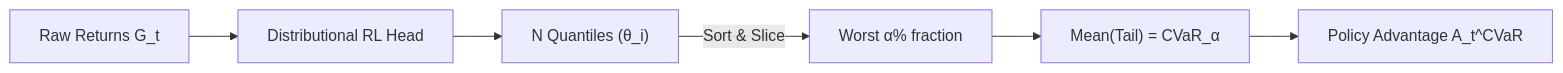
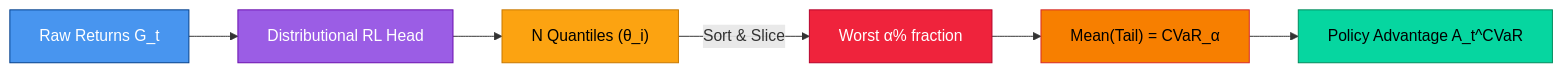
One commit to DeveshR011/Wesker-Ai changed the third of 3 diagrams in README.md. Above: the diagram before and after it, drawn with Mermaid. The commit also changed other lines of this file, not shown here.

````diff
--- a/README.md
+++ b/README.md
@@ -239,8 +257,15 @@
 ```mermaid
 flowchart LR
     Returns["Raw Returns G_t"] --> DistRL["Distributional RL Head"]
     DistRL --> Quantiles["N Quantiles (θ_i)"]
     Quantiles -->|Sort & Slice| Tail["Worst α% fraction"]
     Tail --> Mean["Mean(Tail) = CVaR_α"]
     Mean --> PG["Policy Advantage A_t^CVaR"]
+
+    style Returns fill:#4895ef,stroke:#023e8a,color:#fff
+    style DistRL fill:#9b5de5,stroke:#6a0dad,color:#fff
+    style Quantiles fill:#fca311,stroke:#c77700,color:#000
+    style Tail fill:#ef233c,stroke:#b5002a,color:#fff
+    style Mean fill:#f77f00,stroke:#d62828,color:#000
+    style PG fill:#06d6a0,stroke:#028a5b,color:#000
 ```
````
